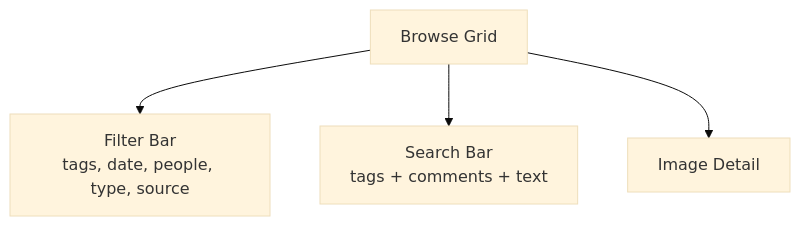
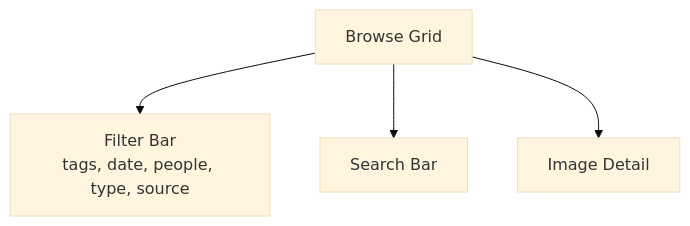
One commit to leahgarrett/image-management-system changed the second of 6 diagrams in docs/ui-flow.md. Above: the diagram before and after it, drawn with Mermaid (base theme). The commit also changed other lines of this file and 1 other file, not shown here.

````diff
--- a/docs/ui-flow.md
+++ b/docs/ui-flow.md
@@ -47,11 +59,11 @@
 ```mermaid
 flowchart TD
     Browse[Browse Grid]
     Filters[Filter Bar<br/>tags, date, people, type, source]
-    Search[Search Bar<br/>tags + comments + text]
+    Search[Search Bar<br/>]
     Detail[Image Detail]
 
     Browse --> Filters
     Browse --> Search
     Browse --> Detail
 ```
````
